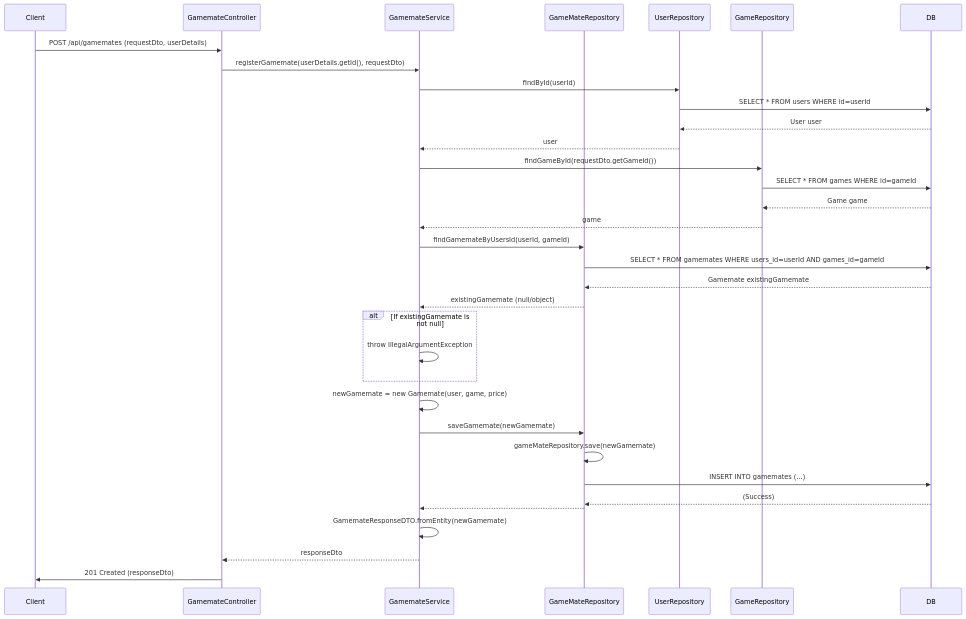
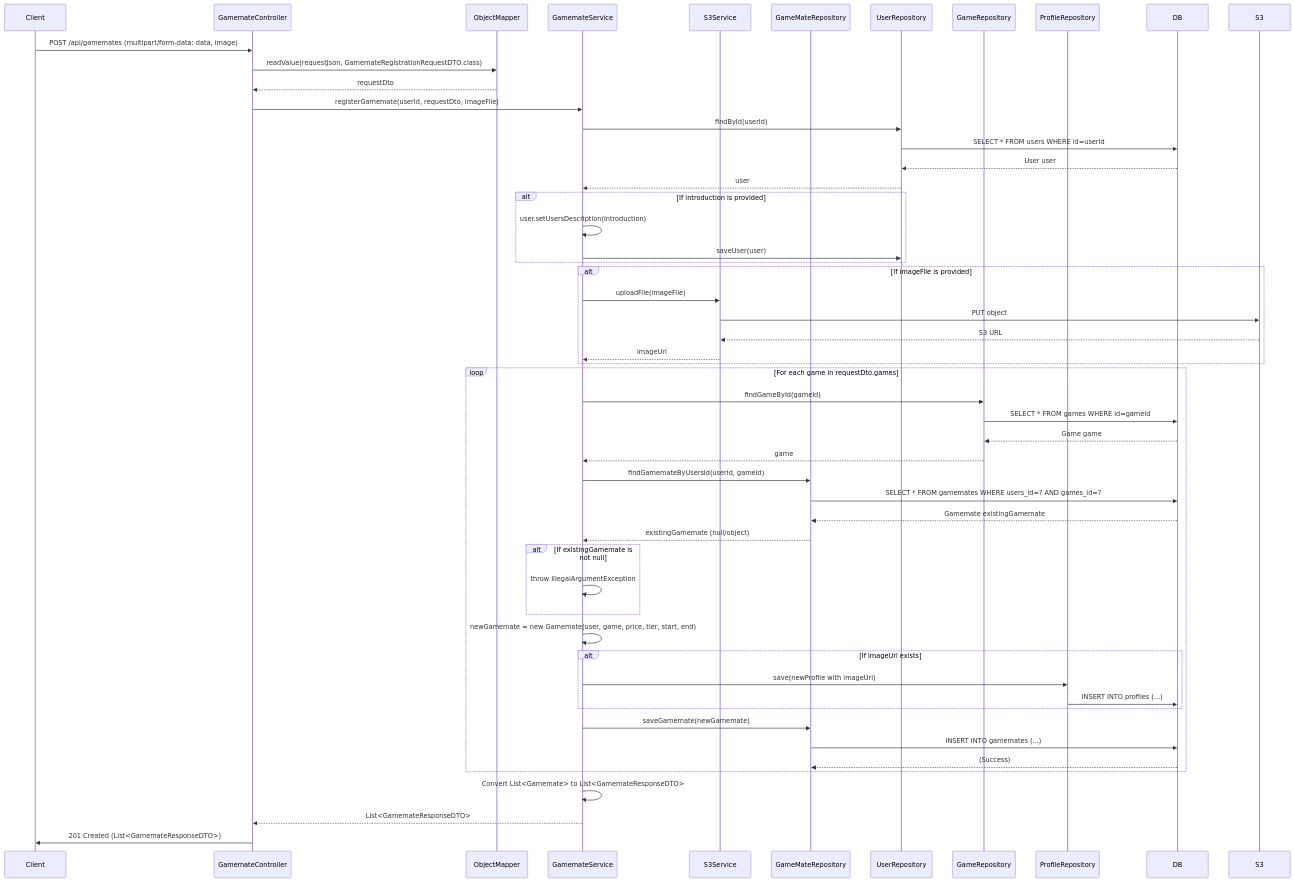
Before and after one commit to Wooong-E/game-s-cord: the diagram in SDS/sequenceDiagram/gamemateSequenceDiagram/gamemateRegisterSequenceDiagram.md, drawn with Mermaid. The commit also changed other lines of this file and 14 other files, not shown here.

Commit message:
fix : Sequence Diagram 수정

````diff
--- a/SDS/sequenceDiagram/gamemateSequenceDiagram/gamemateRegisterSequenceDiagram.md
+++ b/SDS/sequenceDiagram/gamemateSequenceDiagram/gamemateRegisterSequenceDiagram.md
@@ -3,44 +3,68 @@
 ```mermaid
 sequenceDiagram
     participant Client
     participant Controller as GamemateController
+    participant ObjectMapper
     participant Service as GamemateService
+    participant S3Service
     participant Repo as GameMateRepository
     participant UserRepo as UserRepository
     participant GameRepo as GameRepository
+    participant ProfileRepo as ProfileRepository
     participant DB
+    participant S3
 
-    Client->>Controller: POST /api/gamemates (requestDto, userDetails)
-    Controller->>Service: registerGamemate(userDetails.getId(), requestDto)
+    Client->>Controller: POST /api/gamemates (multipart/form-data: data, image)
+    Controller->>ObjectMapper: readValue(requestJson, GamemateRegistrationRequestDTO.class)
+    ObjectMapper-->>Controller: requestDto
+
+    Controller->>Service: registerGamemate(userId, requestDto, imageFile)
 
     Service->>UserRepo: findById(userId)
     UserRepo->>DB: SELECT * FROM users WHERE id=userId
     DB-->>UserRepo: User user
     UserRepo-->>Service: user
 
-    Service->>GameRepo: findGameById(requestDto.getGameId())
-    GameRepo->>DB: SELECT * FROM games WHERE id=gameId
-    DB-->>GameRepo: Game game
-    GameRepo-->>Service: game
-
-    Service->>Repo: findGamemateByUsersId(userId, gameId)
-    Repo->>DB: SELECT * FROM gamemates WHERE users_id=userId AND games_id=gameId
-    DB-->>Repo: Gamemate existingGamemate
-    Repo-->>Service: existingGamemate (null/object)
-    
-    alt If existingGamemate is not null
-        Service->>Service: throw IllegalArgumentException
+    alt If introduction is provided
+        Service->>Service: user.setUsersDescription(introduction)
+        Service->>UserRepo: saveUser(user)
     end
 
-    Service->>Service: newGamemate = new Gamemate(user, game, price)
+    alt If imageFile is provided
+        Service->>S3Service: uploadFile(imageFile)
+        S3Service->>S3: PUT object
+        S3-->>S3Service: S3 URL
+        S3Service-->>Service: imageUrl
+    end
+
+    loop For each game in requestDto.games
+        Service->>GameRepo: findGameById(gameId)
+        GameRepo->>DB: SELECT * FROM games WHERE id=gameId
+        DB-->>GameRepo: Game game
+        GameRepo-->>Service: game
+
+        Service->>Repo: findGamemateByUsersId(userId, gameId)
+        Repo->>DB: SELECT * FROM gamemates WHERE users_id=? AND games_id=?
+        DB-->>Repo: Gamemate existingGamemate
+        Repo-->>Service: existingGamemate (null/object)
+        
+        alt If existingGamemate is not null
+            Service->>Service: throw IllegalArgumentException
+        end
+
+        Service->>Service: newGamemate = new Gamemate(user, game, price, tier, start, end)
+        
+        alt If imageUrl exists
+            Service->>ProfileRepo: save(newProfile with imageUrl)
+            ProfileRepo->>DB: INSERT INTO profiles (...)
+        end
+
+        Service->>Repo: saveGamemate(newGamemate)
+        Repo->>DB: INSERT INTO gamemates (...)
+        DB-->>Repo: (Success)
+    end
     
-    Service->>Repo: saveGamemate(newGamemate)
-    Repo->>Repo: gameMateRepository.save(newGamemate)
-    Repo->>DB: INSERT INTO gamemates (...)
-    DB-->>Repo: (Success)
-    Repo-->>Service: 
-    
-    Service->>Service: GamemateResponseDTO.fromEntity(newGamemate)
-    Service-->>Controller: responseDto
-    Controller->>Client: 201 Created (responseDto)
+    Service->>Service: Convert List<Gamemate> to List<GamemateResponseDTO>
+    Service-->>Controller: List<GamemateResponseDTO>
+    Controller->>Client: 201 Created (List<GamemateResponseDTO>)
 ```
````
